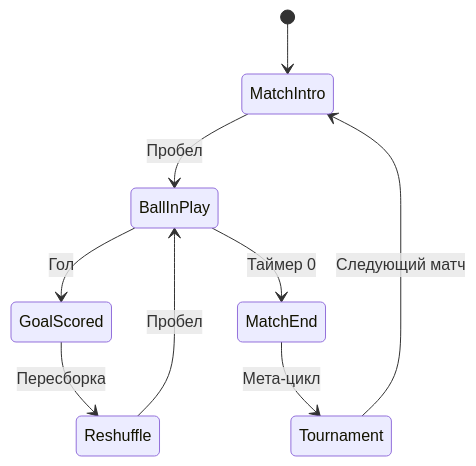
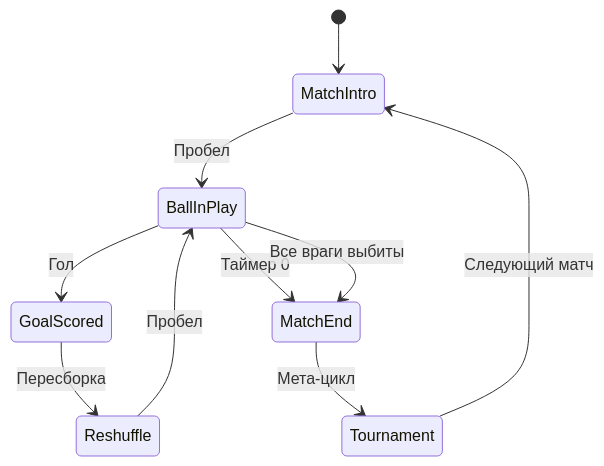
One commit to DeployChef/Futboloid changed the diagram in Wiki/FutboloidWiki/GDD/Составляющие (карта систем).md. Above: the diagram before and after it, drawn with Mermaid. The commit also changed other lines of this file and 16 other files, not shown here.

````diff
--- a/Wiki/FutboloidWiki/GDD/Составляющие (карта систем).md
+++ b/Wiki/FutboloidWiki/GDD/Составляющие (карта систем).md
@@ -30,11 +31,12 @@
 ```mermaid
 stateDiagram-v2
     [*] --> MatchIntro
     MatchIntro --> BallInPlay: Пробел
     BallInPlay --> GoalScored: Гол
     GoalScored --> Reshuffle: Пересборка
     Reshuffle --> BallInPlay: Пробел
     BallInPlay --> MatchEnd: Таймер 0
+    BallInPlay --> MatchEnd: Все враги выбиты
     MatchEnd --> Tournament: Мета-цикл
     Tournament --> MatchIntro: Следующий матч
 ```
````
